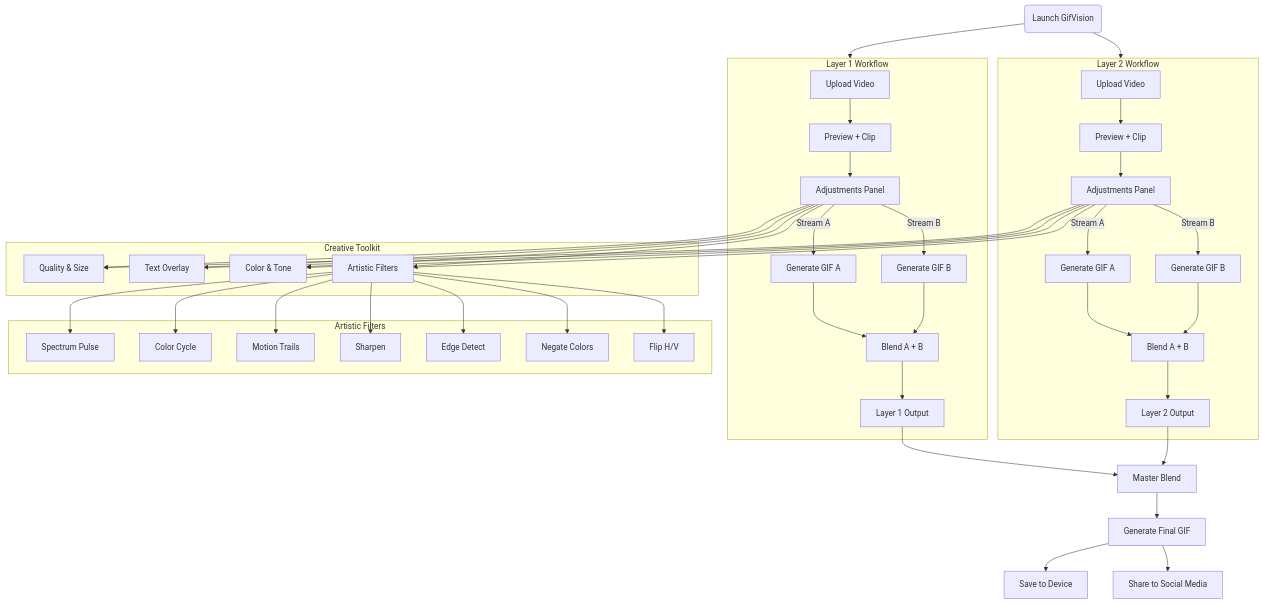
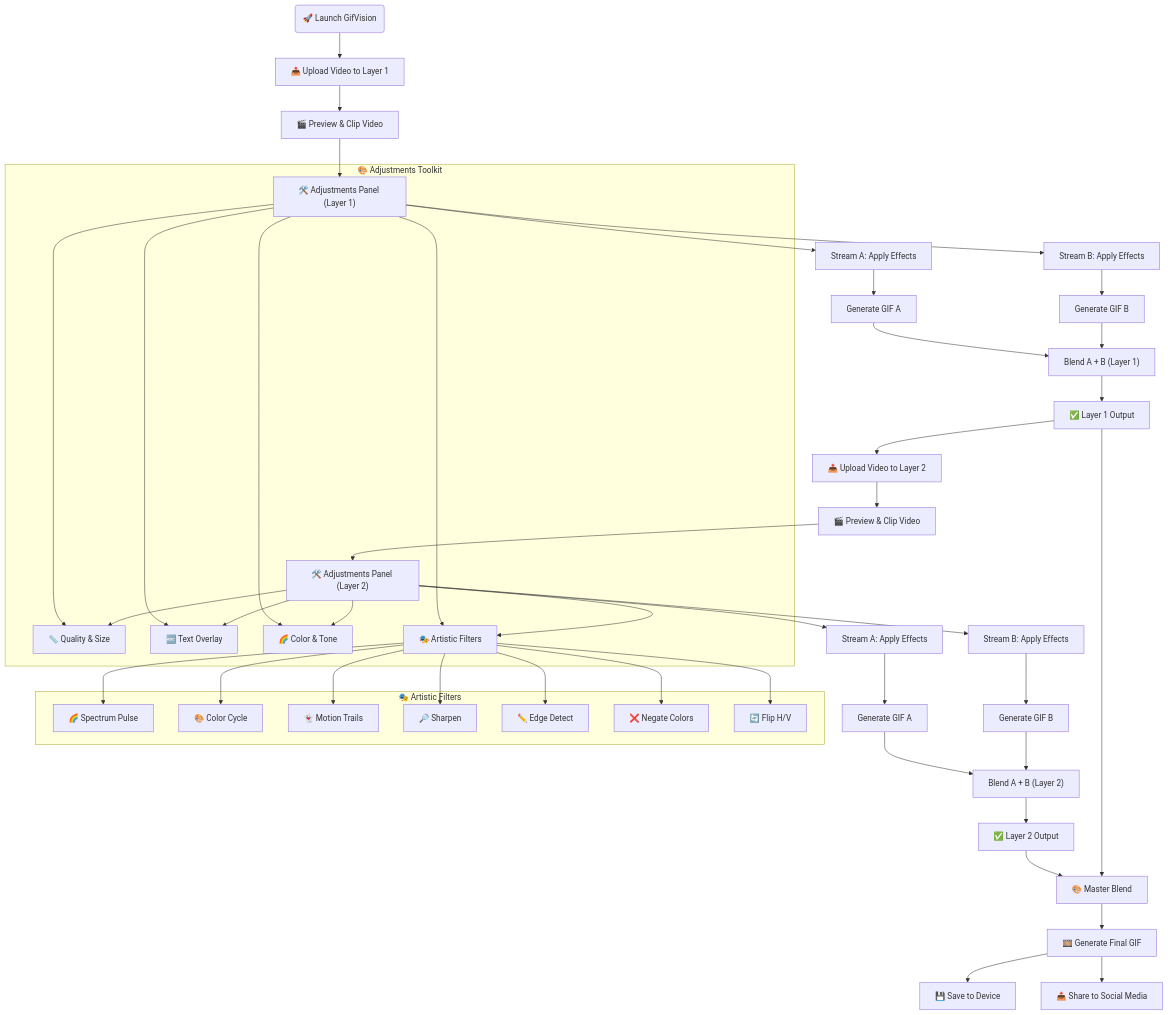
Before and after one commit to invisibleacropolis-ops/InvisibleSupport: the diagram in README.mmd, drawn with Mermaid.

```diff
--- a/README.mmd
+++ b/README.mmd
@@ -1,60 +1,46 @@
 flowchart TD
-  Start("Launch GifVision")
+  Start("🚀 Launch GifVision")
 
-  subgraph Layer1 ["Layer 1 Workflow"]
-    U1["Upload Video"]
-    P1["Preview + Clip"]
-    A1["Adjustments Panel"]
-    G1A["Generate GIF A"]
-    G1B["Generate GIF B"]
-    B1["Blend A + B"]
-    O1["Layer 1 Output"]
+  Start --> Upload1["📤 Upload Video to Layer 1"]
+  Upload1 --> Preview1["🎬 Preview & Clip Video"]
+  Preview1 --> Adjust1["🛠️ Adjustments Panel (Layer 1)"]
+  Adjust1 --> Stream1A["Stream A: Apply Effects"] --> Gen1A["Generate GIF A"]
+  Adjust1 --> Stream1B["Stream B: Apply Effects"] --> Gen1B["Generate GIF B"]
+  Gen1A --> Blend1["Blend A + B (Layer 1)"]
+  Gen1B --> Blend1
+  Blend1 --> Layer1Out["✅ Layer 1 Output"]
 
-    U1 --> P1 --> A1
-    A1 -->|Stream A| G1A --> B1
-    A1 -->|Stream B| G1B --> B1
-    B1 --> O1
+  Layer1Out --> Upload2["📤 Upload Video to Layer 2"]
+  Upload2 --> Preview2["🎬 Preview & Clip Video"]
+  Preview2 --> Adjust2["🛠️ Adjustments Panel (Layer 2)"]
+  Adjust2 --> Stream2A["Stream A: Apply Effects"] --> Gen2A["Generate GIF A"]
+  Adjust2 --> Stream2B["Stream B: Apply Effects"] --> Gen2B["Generate GIF B"]
+  Gen2A --> Blend2["Blend A + B (Layer 2)"]
+  Gen2B --> Blend2
+  Blend2 --> Layer2Out["✅ Layer 2 Output"]
+
+  Layer2Out --> Master["🎨 Master Blend"]
+  Layer1Out --> Master
+  Master --> Final["🎞️ Generate Final GIF"]
+  Final --> Save["💾 Save to Device"]
+  Final --> Share["📤 Share to Social Media"]
+
+  subgraph Toolkit ["🎨 Adjustments Toolkit"]
+    Quality["📏 Quality & Size"]
+    Text["🔤 Text Overlay"]
+    Color["🌈 Color & Tone"]
+    FX["🎭 Artistic Filters"]
+    Adjust1 --> Quality & Text & Color & FX
+    Adjust2 --> Quality & Text & Color & FX
   end
 
-  subgraph Layer2 ["Layer 2 Workflow"]
-    U2["Upload Video"]
-    P2["Preview + Clip"]
-    A2["Adjustments Panel"]
-    G2A["Generate GIF A"]
-    G2B["Generate GIF B"]
-    B2["Blend A + B"]
-    O2["Layer 2 Output"]
-
-    U2 --> P2 --> A2
-    A2 -->|Stream A| G2A --> B2
-    A2 -->|Stream B| G2B --> B2
-    B2 --> O2
+  subgraph Filters ["🎭 Artistic Filters"]
+    Spectrum["🌈 Spectrum Pulse"]
+    Cycle["🎨 Color Cycle"]
+    Trails["👻 Motion Trails"]
+    Sharpen["🔎 Sharpen"]
+    Edge["✏️ Edge Detect"]
+    Negate["❌ Negate Colors"]
+    Flip["🔄 Flip H/V"]
+    FX --> Spectrum & Cycle & Trails & Sharpen & Edge & Negate & Flip
   end
-
-  O1 --> MB["Master Blend"]
-  O2 --> MB --> FG["Generate Final GIF"]
-  FG --> Save["Save to Device"]
-  FG --> Share["Share to Social Media"]
-
-  subgraph Filters ["Creative Toolkit"]
-    Q["Quality & Size"]
-    T["Text Overlay"]
-    CT["Color & Tone"]
-    FX["Artistic Filters"]
-    A1 --> Q & T & CT & FX
-    A2 --> Q & T & CT & FX
-  end
-
-  subgraph Effects ["Artistic Filters"]
-    SP["Spectrum Pulse"]
-    CC["Color Cycle"]
-    MT["Motion Trails"]
-    SH["Sharpen"]
-    ED["Edge Detect"]
-    NG["Negate Colors"]
-    FL["Flip H/V"]
-    FX --> SP & CC & MT & SH & ED & NG & FL
-  end
-
-  Start --> Layer1
-  Start --> Layer2
```
